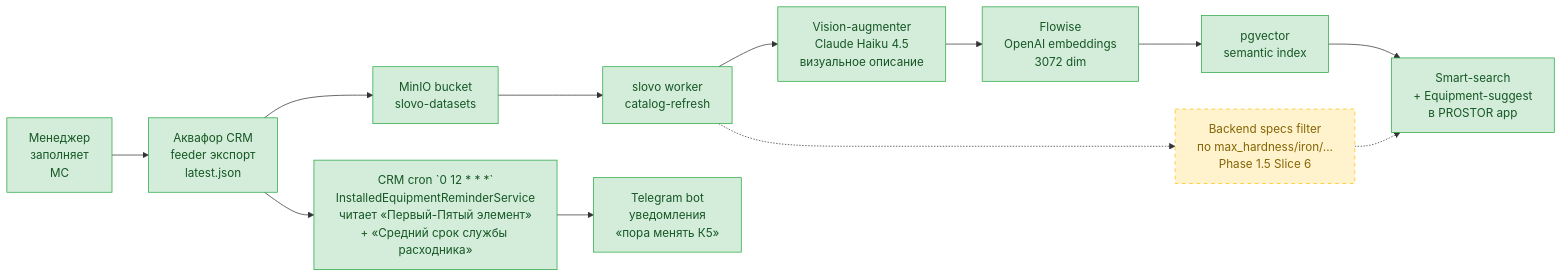
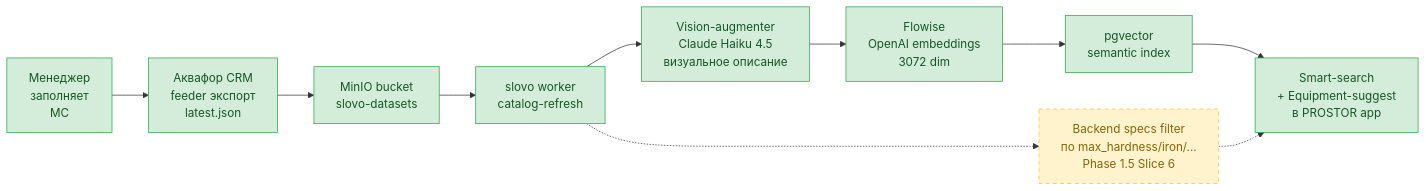
One commit to Pelmenya/slovo changed the diagram in docs/management/erp-product-card-guidelines.md. Above: the diagram before and after it, drawn with Mermaid. The commit also changed other lines of this file, not shown here.

````diff
--- a/docs/management/erp-product-card-guidelines.md
+++ b/docs/management/erp-product-card-guidelines.md
@@ -879,19 +850,17 @@
 ```mermaid
 flowchart LR
     A[Менеджер<br/>заполняет<br/>МС] --> B[Аквафор CRM<br/>feeder экспорт<br/>latest.json]
     B --> C[MinIO bucket<br/>slovo-datasets]
     C --> D[slovo worker<br/>catalog-refresh]
     D --> E[Vision-augmenter<br/>Claude Haiku 4.5<br/>визуальное описание]
     E --> F[Flowise<br/>OpenAI embeddings<br/>3072 dim]
     F --> G[pgvector<br/>semantic index]
     G --> H[Smart-search<br/>+ Equipment-suggest<br/>в PROSTOR app]
     D -.-> I[Backend specs filter<br/>по max_hardness/iron/...<br/>Phase 1.5 Slice 6]
     I -.-> H
-    B --> M[CRM cron `0 12 * * *`<br/>InstalledEquipmentReminderService<br/>читает «Первый-Пятый элемент»<br/>+ «Средний срок службы расходника»]
-    M --> N[Telegram bot<br/>уведомления<br/>«пора менять К5»]
 
     classDef phase1 fill:#d4edda,stroke:#28a745,color:#155724
     classDef phase15 fill:#fff3cd,stroke:#ffc107,color:#856404,stroke-dasharray: 5 5
-    class A,B,C,D,E,F,G,H,M,N phase1
+    class A,B,C,D,E,F,G,H phase1
     class I phase15
 ```
````
